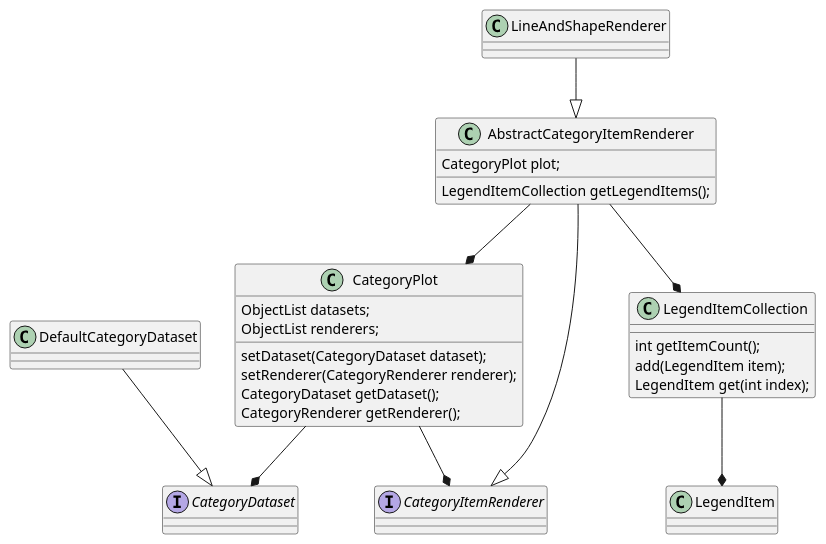
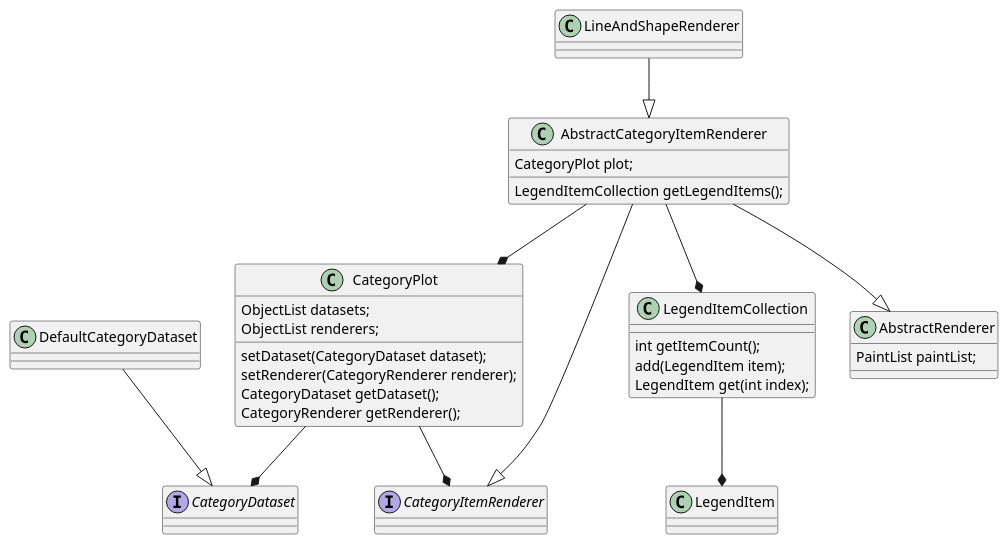
The diagram in Chart/1/umls/test2947660.puml (boyang9602/APR_resources), drawn with PlantUML before and after one commit. The commit also changed 1 other file, not shown here.

Commit message:
update uml

```diff
--- a/Chart/1/umls/test2947660.puml
+++ b/Chart/1/umls/test2947660.puml
@@ -1,32 +1,36 @@
 @startuml
 interface CategoryItemRenderer
 interface CategoryDataset
 abstract AbstractCategoryItemRenderer
 class CategoryPlot {
     ObjectList datasets;
     ObjectList renderers;
 }
 class AbstractCategoryItemRenderer {
 	CategoryPlot plot;
 	LegendItemCollection getLegendItems();
 }
 class CategoryPlot {
 	setDataset(CategoryDataset dataset);
 	setRenderer(CategoryRenderer renderer);
 	CategoryDataset getDataset();
 	CategoryRenderer getRenderer();
 }
 class LegendItemCollection {
 	int getItemCount();
 	add(LegendItem item);
 	LegendItem get(int index);
 }
+class AbstractRenderer {
+	PaintList paintList;
+}
 LineAndShapeRenderer --|> AbstractCategoryItemRenderer
 AbstractCategoryItemRenderer --|> CategoryItemRenderer
+AbstractCategoryItemRenderer --|> AbstractRenderer
 DefaultCategoryDataset --|> CategoryDataset
 AbstractCategoryItemRenderer --* CategoryPlot
 CategoryPlot --* CategoryDataset
 CategoryPlot --* CategoryItemRenderer
 AbstractCategoryItemRenderer --* LegendItemCollection
 LegendItemCollection --* LegendItem
 @enduml
```
